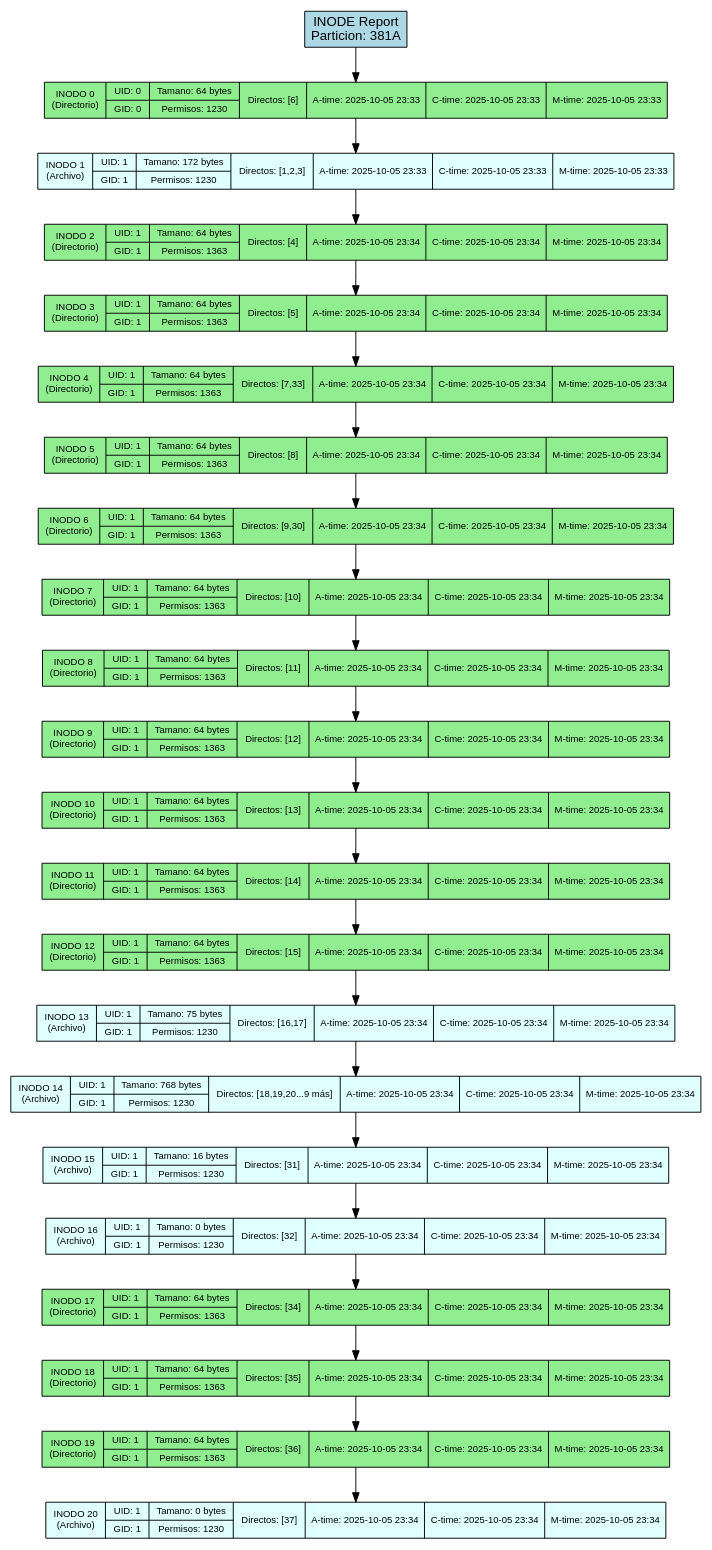
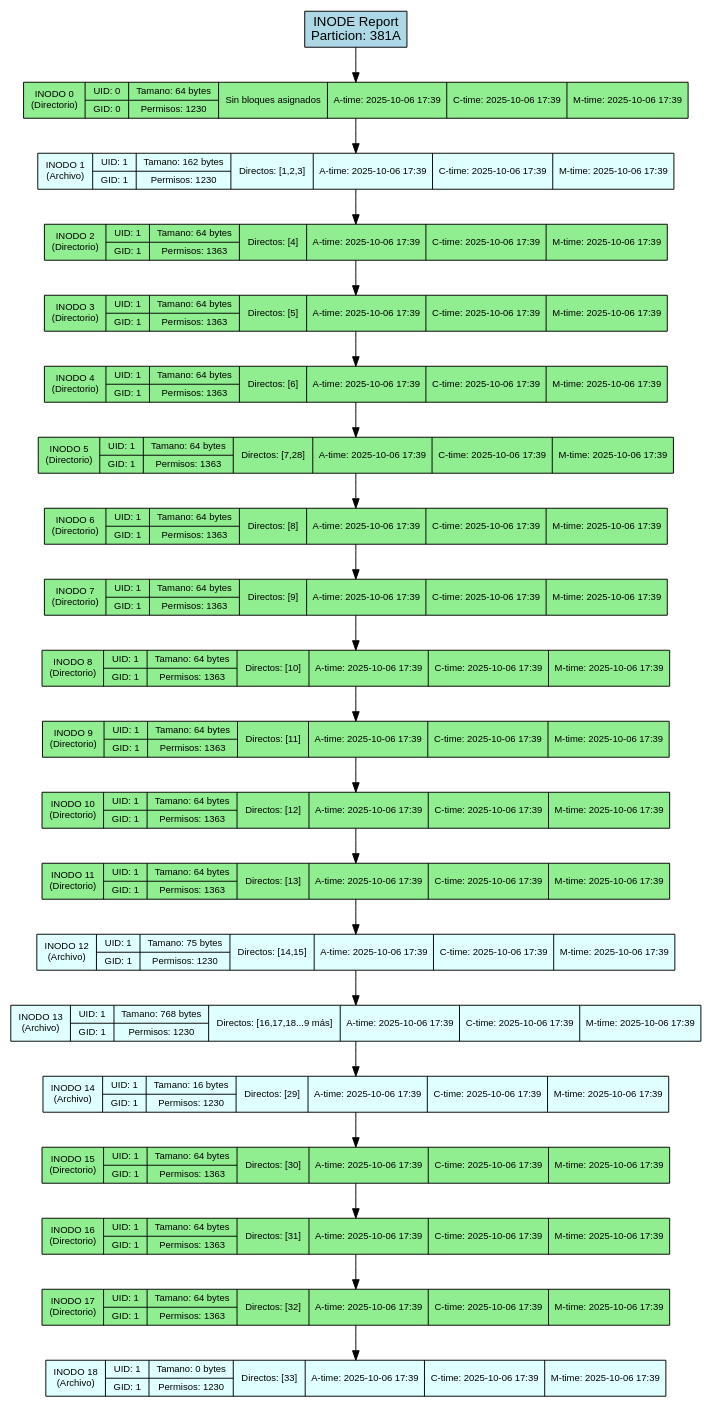
The diagram in backend/provider/reports/src/inode_381A.dot (DiegVas/MIA_2S2025_P2_202300638), drawn with Graphviz before and after one commit. The commit also changed 24 other files, not shown here.

```diff
--- a/backend/provider/reports/src/inode_381A.dot
+++ b/backend/provider/reports/src/inode_381A.dot
@@ -1,54 +1,50 @@
 digraph Inode_Report {
     rankdir=TB;
     node [shape=record, style=filled];
     graph [fontname="Arial", fontsize=12];
     node [fontname="Arial", fontsize=10];
     edge [fontname="Arial"];
 
     title [label="INODE Report\nParticion: 381A", fillcolor=lightblue, fontsize=14];
 
-    inode_0 [label="INODO 0\n(Directorio)|{UID: 0 | GID: 0}|{Tamano: 64 bytes | Permisos: 1230}|{Directos: [6]}|{A-time: 2025-10-05 23:33}|{C-time: 2025-10-05 23:33}|{M-time: 2025-10-05 23:33}", fillcolor=lightgreen];
-    inode_1 [label="INODO 1\n(Archivo)|{UID: 1 | GID: 1}|{Tamano: 172 bytes | Permisos: 1230}|{Directos: [1,2,3]}|{A-time: 2025-10-05 23:33}|{C-time: 2025-10-05 23:33}|{M-time: 2025-10-05 23:33}", fillcolor=lightcyan];
-    inode_2 [label="INODO 2\n(Directorio)|{UID: 1 | GID: 1}|{Tamano: 64 bytes | Permisos: 1363}|{Directos: [4]}|{A-time: 2025-10-05 23:34}|{C-time: 2025-10-05 23:34}|{M-time: 2025-10-05 23:34}", fillcolor=lightgreen];
-    inode_3 [label="INODO 3\n(Directorio)|{UID: 1 | GID: 1}|{Tamano: 64 bytes | Permisos: 1363}|{Directos: [5]}|{A-time: 2025-10-05 23:34}|{C-time: 2025-10-05 23:34}|{M-time: 2025-10-05 23:34}", fillcolor=lightgreen];
-    inode_4 [label="INODO 4\n(Directorio)|{UID: 1 | GID: 1}|{Tamano: 64 bytes | Permisos: 1363}|{Directos: [7,33]}|{A-time: 2025-10-05 23:34}|{C-time: 2025-10-05 23:34}|{M-time: 2025-10-05 23:34}", fillcolor=lightgreen];
-    inode_5 [label="INODO 5\n(Directorio)|{UID: 1 | GID: 1}|{Tamano: 64 bytes | Permisos: 1363}|{Directos: [8]}|{A-time: 2025-10-05 23:34}|{C-time: 2025-10-05 23:34}|{M-time: 2025-10-05 23:34}", fillcolor=lightgreen];
-    inode_6 [label="INODO 6\n(Directorio)|{UID: 1 | GID: 1}|{Tamano: 64 bytes | Permisos: 1363}|{Directos: [9,30]}|{A-time: 2025-10-05 23:34}|{C-time: 2025-10-05 23:34}|{M-time: 2025-10-05 23:34}", fillcolor=lightgreen];
-    inode_7 [label="INODO 7\n(Directorio)|{UID: 1 | GID: 1}|{Tamano: 64 bytes | Permisos: 1363}|{Directos: [10]}|{A-time: 2025-10-05 23:34}|{C-time: 2025-10-05 23:34}|{M-time: 2025-10-05 23:34}", fillcolor=lightgreen];
-    inode_8 [label="INODO 8\n(Directorio)|{UID: 1 | GID: 1}|{Tamano: 64 bytes | Permisos: 1363}|{Directos: [11]}|{A-time: 2025-10-05 23:34}|{C-time: 2025-10-05 23:34}|{M-time: 2025-10-05 23:34}", fillcolor=lightgreen];
-    inode_9 [label="INODO 9\n(Directorio)|{UID: 1 | GID: 1}|{Tamano: 64 bytes | Permisos: 1363}|{Directos: [12]}|{A-time: 2025-10-05 23:34}|{C-time: 2025-10-05 23:34}|{M-time: 2025-10-05 23:34}", fillcolor=lightgreen];
-    inode_10 [label="INODO 10\n(Directorio)|{UID: 1 | GID: 1}|{Tamano: 64 bytes | Permisos: 1363}|{Directos: [13]}|{A-time: 2025-10-05 23:34}|{C-time: 2025-10-05 23:34}|{M-time: 2025-10-05 23:34}", fillcolor=lightgreen];
-    inode_11 [label="INODO 11\n(Directorio)|{UID: 1 | GID: 1}|{Tamano: 64 bytes | Permisos: 1363}|{Directos: [14]}|{A-time: 2025-10-05 23:34}|{C-time: 2025-10-05 23:34}|{M-time: 2025-10-05 23:34}", fillcolor=lightgreen];
-    inode_12 [label="INODO 12\n(Directorio)|{UID: 1 | GID: 1}|{Tamano: 64 bytes | Permisos: 1363}|{Directos: [15]}|{A-time: 2025-10-05 23:34}|{C-time: 2025-10-05 23:34}|{M-time: 2025-10-05 23:34}", fillcolor=lightgreen];
-    inode_13 [label="INODO 13\n(Archivo)|{UID: 1 | GID: 1}|{Tamano: 75 bytes | Permisos: 1230}|{Directos: [16,17]}|{A-time: 2025-10-05 23:34}|{C-time: 2025-10-05 23:34}|{M-time: 2025-10-05 23:34}", fillcolor=lightcyan];
-    inode_14 [label="INODO 14\n(Archivo)|{UID: 1 | GID: 1}|{Tamano: 768 bytes | Permisos: 1230}|{Directos: [18,19,20...9 más]}|{A-time: 2025-10-05 23:34}|{C-time: 2025-10-05 23:34}|{M-time: 2025-10-05 23:34}", fillcolor=lightcyan];
-    inode_15 [label="INODO 15\n(Archivo)|{UID: 1 | GID: 1}|{Tamano: 16 bytes | Permisos: 1230}|{Directos: [31]}|{A-time: 2025-10-05 23:34}|{C-time: 2025-10-05 23:34}|{M-time: 2025-10-05 23:34}", fillcolor=lightcyan];
-    inode_16 [label="INODO 16\n(Archivo)|{UID: 1 | GID: 1}|{Tamano: 0 bytes | Permisos: 1230}|{Directos: [32]}|{A-time: 2025-10-05 23:34}|{C-time: 2025-10-05 23:34}|{M-time: 2025-10-05 23:34}", fillcolor=lightcyan];
-    inode_17 [label="INODO 17\n(Directorio)|{UID: 1 | GID: 1}|{Tamano: 64 bytes | Permisos: 1363}|{Directos: [34]}|{A-time: 2025-10-05 23:34}|{C-time: 2025-10-05 23:34}|{M-time: 2025-10-05 23:34}", fillcolor=lightgreen];
-    inode_18 [label="INODO 18\n(Directorio)|{UID: 1 | GID: 1}|{Tamano: 64 bytes | Permisos: 1363}|{Directos: [35]}|{A-time: 2025-10-05 23:34}|{C-time: 2025-10-05 23:34}|{M-time: 2025-10-05 23:34}", fillcolor=lightgreen];
-    inode_19 [label="INODO 19\n(Directorio)|{UID: 1 | GID: 1}|{Tamano: 64 bytes | Permisos: 1363}|{Directos: [36]}|{A-time: 2025-10-05 23:34}|{C-time: 2025-10-05 23:34}|{M-time: 2025-10-05 23:34}", fillcolor=lightgreen];
-    inode_20 [label="INODO 20\n(Archivo)|{UID: 1 | GID: 1}|{Tamano: 0 bytes | Permisos: 1230}|{Directos: [37]}|{A-time: 2025-10-05 23:34}|{C-time: 2025-10-05 23:34}|{M-time: 2025-10-05 23:34}", fillcolor=lightcyan];
+    inode_0 [label="INODO 0\n(Directorio)|{UID: 0 | GID: 0}|{Tamano: 64 bytes | Permisos: 1230}|{Sin bloques asignados}|{A-time: 2025-10-06 17:39}|{C-time: 2025-10-06 17:39}|{M-time: 2025-10-06 17:39}", fillcolor=lightgreen];
+    inode_1 [label="INODO 1\n(Archivo)|{UID: 1 | GID: 1}|{Tamano: 162 bytes | Permisos: 1230}|{Directos: [1,2,3]}|{A-time: 2025-10-06 17:39}|{C-time: 2025-10-06 17:39}|{M-time: 2025-10-06 17:39}", fillcolor=lightcyan];
+    inode_2 [label="INODO 2\n(Directorio)|{UID: 1 | GID: 1}|{Tamano: 64 bytes | Permisos: 1363}|{Directos: [4]}|{A-time: 2025-10-06 17:39}|{C-time: 2025-10-06 17:39}|{M-time: 2025-10-06 17:39}", fillcolor=lightgreen];
+    inode_3 [label="INODO 3\n(Directorio)|{UID: 1 | GID: 1}|{Tamano: 64 bytes | Permisos: 1363}|{Directos: [5]}|{A-time: 2025-10-06 17:39}|{C-time: 2025-10-06 17:39}|{M-time: 2025-10-06 17:39}", fillcolor=lightgreen];
+    inode_4 [label="INODO 4\n(Directorio)|{UID: 1 | GID: 1}|{Tamano: 64 bytes | Permisos: 1363}|{Directos: [6]}|{A-time: 2025-10-06 17:39}|{C-time: 2025-10-06 17:39}|{M-time: 2025-10-06 17:39}", fillcolor=lightgreen];
+    inode_5 [label="INODO 5\n(Directorio)|{UID: 1 | GID: 1}|{Tamano: 64 bytes | Permisos: 1363}|{Directos: [7,28]}|{A-time: 2025-10-06 17:39}|{C-time: 2025-10-06 17:39}|{M-time: 2025-10-06 17:39}", fillcolor=lightgreen];
+    inode_6 [label="INODO 6\n(Directorio)|{UID: 1 | GID: 1}|{Tamano: 64 bytes | Permisos: 1363}|{Directos: [8]}|{A-time: 2025-10-06 17:39}|{C-time: 2025-10-06 17:39}|{M-time: 2025-10-06 17:39}", fillcolor=lightgreen];
+    inode_7 [label="INODO 7\n(Directorio)|{UID: 1 | GID: 1}|{Tamano: 64 bytes | Permisos: 1363}|{Directos: [9]}|{A-time: 2025-10-06 17:39}|{C-time: 2025-10-06 17:39}|{M-time: 2025-10-06 17:39}", fillcolor=lightgreen];
+    inode_8 [label="INODO 8\n(Directorio)|{UID: 1 | GID: 1}|{Tamano: 64 bytes | Permisos: 1363}|{Directos: [10]}|{A-time: 2025-10-06 17:39}|{C-time: 2025-10-06 17:39}|{M-time: 2025-10-06 17:39}", fillcolor=lightgreen];
+    inode_9 [label="INODO 9\n(Directorio)|{UID: 1 | GID: 1}|{Tamano: 64 bytes | Permisos: 1363}|{Directos: [11]}|{A-time: 2025-10-06 17:39}|{C-time: 2025-10-06 17:39}|{M-time: 2025-10-06 17:39}", fillcolor=lightgreen];
+    inode_10 [label="INODO 10\n(Directorio)|{UID: 1 | GID: 1}|{Tamano: 64 bytes | Permisos: 1363}|{Directos: [12]}|{A-time: 2025-10-06 17:39}|{C-time: 2025-10-06 17:39}|{M-time: 2025-10-06 17:39}", fillcolor=lightgreen];
+    inode_11 [label="INODO 11\n(Directorio)|{UID: 1 | GID: 1}|{Tamano: 64 bytes | Permisos: 1363}|{Directos: [13]}|{A-time: 2025-10-06 17:39}|{C-time: 2025-10-06 17:39}|{M-time: 2025-10-06 17:39}", fillcolor=lightgreen];
+    inode_12 [label="INODO 12\n(Archivo)|{UID: 1 | GID: 1}|{Tamano: 75 bytes | Permisos: 1230}|{Directos: [14,15]}|{A-time: 2025-10-06 17:39}|{C-time: 2025-10-06 17:39}|{M-time: 2025-10-06 17:39}", fillcolor=lightcyan];
+    inode_13 [label="INODO 13\n(Archivo)|{UID: 1 | GID: 1}|{Tamano: 768 bytes | Permisos: 1230}|{Directos: [16,17,18...9 más]}|{A-time: 2025-10-06 17:39}|{C-time: 2025-10-06 17:39}|{M-time: 2025-10-06 17:39}", fillcolor=lightcyan];
+    inode_14 [label="INODO 14\n(Archivo)|{UID: 1 | GID: 1}|{Tamano: 16 bytes | Permisos: 1230}|{Directos: [29]}|{A-time: 2025-10-06 17:39}|{C-time: 2025-10-06 17:39}|{M-time: 2025-10-06 17:39}", fillcolor=lightcyan];
+    inode_15 [label="INODO 15\n(Directorio)|{UID: 1 | GID: 1}|{Tamano: 64 bytes | Permisos: 1363}|{Directos: [30]}|{A-time: 2025-10-06 17:39}|{C-time: 2025-10-06 17:39}|{M-time: 2025-10-06 17:39}", fillcolor=lightgreen];
+    inode_16 [label="INODO 16\n(Directorio)|{UID: 1 | GID: 1}|{Tamano: 64 bytes | Permisos: 1363}|{Directos: [31]}|{A-time: 2025-10-06 17:39}|{C-time: 2025-10-06 17:39}|{M-time: 2025-10-06 17:39}", fillcolor=lightgreen];
+    inode_17 [label="INODO 17\n(Directorio)|{UID: 1 | GID: 1}|{Tamano: 64 bytes | Permisos: 1363}|{Directos: [32]}|{A-time: 2025-10-06 17:39}|{C-time: 2025-10-06 17:39}|{M-time: 2025-10-06 17:39}", fillcolor=lightgreen];
+    inode_18 [label="INODO 18\n(Archivo)|{UID: 1 | GID: 1}|{Tamano: 0 bytes | Permisos: 1230}|{Directos: [33]}|{A-time: 2025-10-06 17:39}|{C-time: 2025-10-06 17:39}|{M-time: 2025-10-06 17:39}", fillcolor=lightcyan];
 
     // Conexiones de la lista enlazada
     title -> inode_0;
     inode_0 -> inode_1;
     inode_1 -> inode_2;
     inode_2 -> inode_3;
     inode_3 -> inode_4;
     inode_4 -> inode_5;
     inode_5 -> inode_6;
     inode_6 -> inode_7;
     inode_7 -> inode_8;
     inode_8 -> inode_9;
     inode_9 -> inode_10;
     inode_10 -> inode_11;
     inode_11 -> inode_12;
     inode_12 -> inode_13;
     inode_13 -> inode_14;
     inode_14 -> inode_15;
     inode_15 -> inode_16;
     inode_16 -> inode_17;
     inode_17 -> inode_18;
-    inode_18 -> inode_19;
-    inode_19 -> inode_20;
 }
```
